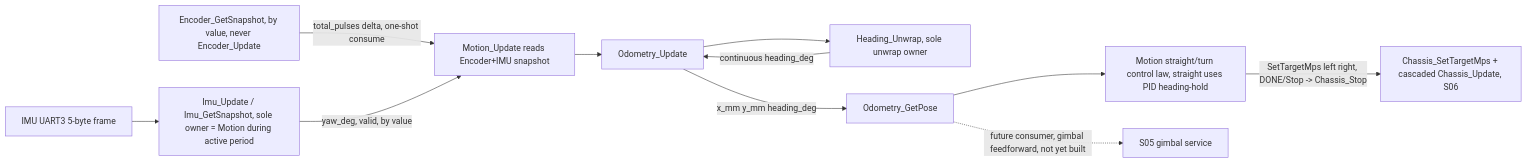
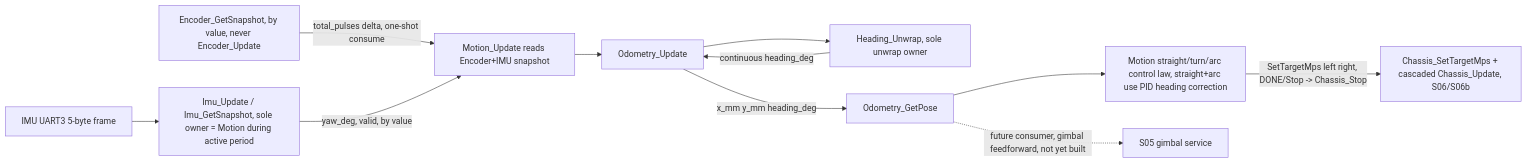
The sixth of 6 diagrams in agent/api_architecture_topology.md (AigisYangyan/2026_NUEDC), drawn with Mermaid before and after one commit. The commit also changed other lines of this file and 2 other files, not shown here.

First line of the commit message:
docs: S06b 收官 —— 拓扑同步 + 计划表 §3 置 DONE（含 §19.6 审计处置）

````diff
--- a/agent/api_architecture_topology.md
+++ b/agent/api_architecture_topology.md
@@ -172,13 +172,13 @@
 ```mermaid
 flowchart LR
   ImuUartDev[IMU UART3 5-byte frame] --> ImuDrv[Imu_Update / Imu_GetSnapshot, sole owner = Motion during active period]
   EncSnap[Encoder_GetSnapshot, by value, never Encoder_Update] -->|total_pulses delta, one-shot consume| MotionRead[Motion_Update reads Encoder+IMU snapshot]
   ImuDrv -->|yaw_deg, valid, by value| MotionRead
   MotionRead --> OdomUpdate[Odometry_Update]
   OdomUpdate --> HeadingMod[Heading_Unwrap, sole unwrap owner]
   HeadingMod -->|continuous heading_deg| OdomUpdate
   OdomUpdate -->|x_mm y_mm heading_deg| Pose[Odometry_GetPose]
-  Pose --> MotionLaw[Motion straight/turn control law, straight uses PID heading-hold]
-  MotionLaw -->|SetTargetMps left right, DONE/Stop -> Chassis_Stop| Chassis[Chassis_SetTargetMps + cascaded Chassis_Update, S06]
+  Pose --> MotionLaw[Motion straight/turn/arc control law, straight+arc use PID heading correction]
+  MotionLaw -->|SetTargetMps left right, DONE/Stop -> Chassis_Stop| Chassis[Chassis_SetTargetMps + cascaded Chassis_Update, S06/S06b]
   Pose -.->|future consumer, gimbal feedforward, not yet built| S05[S05 gimbal service]
 ```
````
